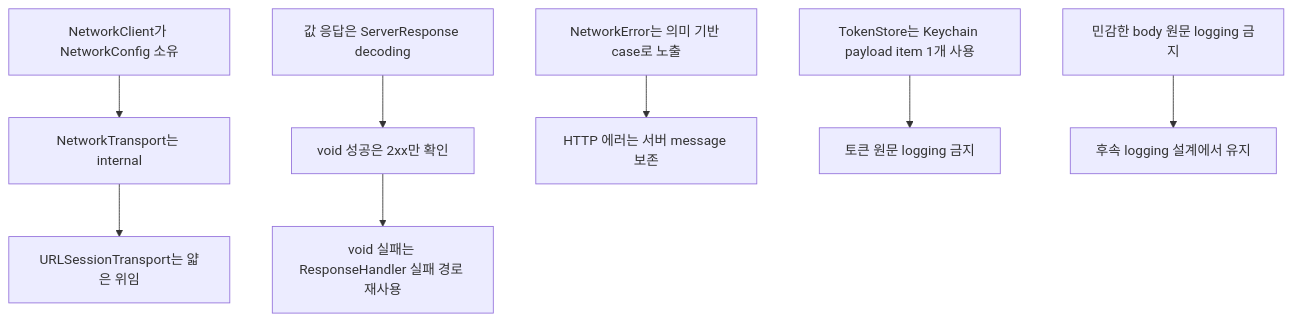
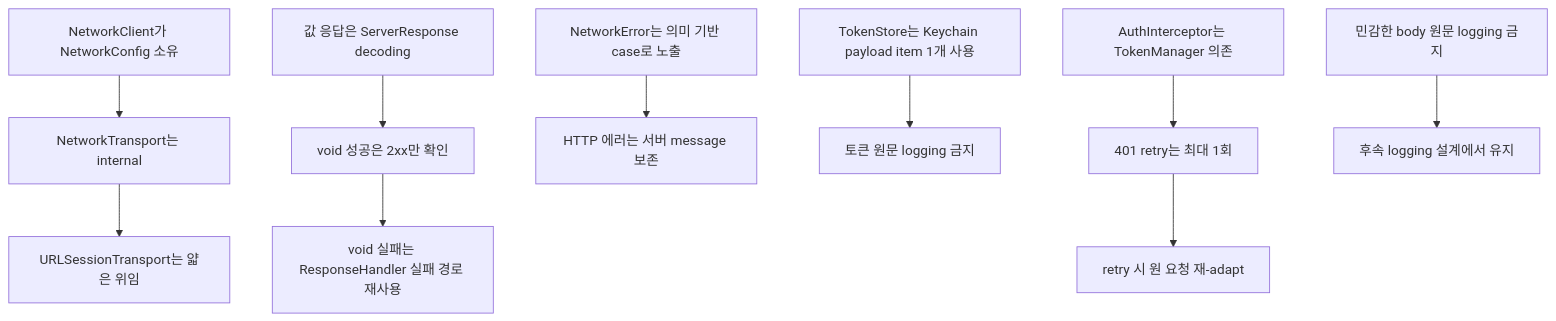
One commit to mediunn/Livith-iOS changed the eighth of 8 diagrams in Projects/LivithNetworking/README.md. Above: the diagram before and after it, drawn with Mermaid. The commit also changed other lines of this file and 11 other files, not shown here.

````diff
--- a/Projects/LivithNetworking/README.md
+++ b/Projects/LivithNetworking/README.md
@@ -314,20 +363,24 @@
 ```mermaid
 flowchart TD
     A[NetworkClient가 NetworkConfig 소유]
     B[NetworkTransport는 internal]
     C[URLSessionTransport는 얇은 위임]
-    D["값 응답은 ServerResponse<T> decoding"]
+    D[값 응답은 ServerResponse decoding]
     E[void 성공은 2xx만 확인]
-    F["void 실패는 ResponseHandler<EmptyResponse> 실패 경로 재사용"]
+    F[void 실패는 ResponseHandler 실패 경로 재사용]
     G[민감한 body 원문 logging 금지]
     H[NetworkError는 의미 기반 case로 노출]
     I[HTTP 에러는 서버 message 보존]
     J[TokenStore는 Keychain payload item 1개 사용]
     K[토큰 원문 logging 금지]
+    L[AuthInterceptor는 TokenManager 의존]
+    M[401 retry는 최대 1회]
+    N[retry 시 원 요청 재-adapt]
 
     A --> B --> C
     D --> E --> F
     G --> Next[후속 logging 설계에서 유지]
     H --> I
     J --> K
+    L --> M --> N
 ```
````
